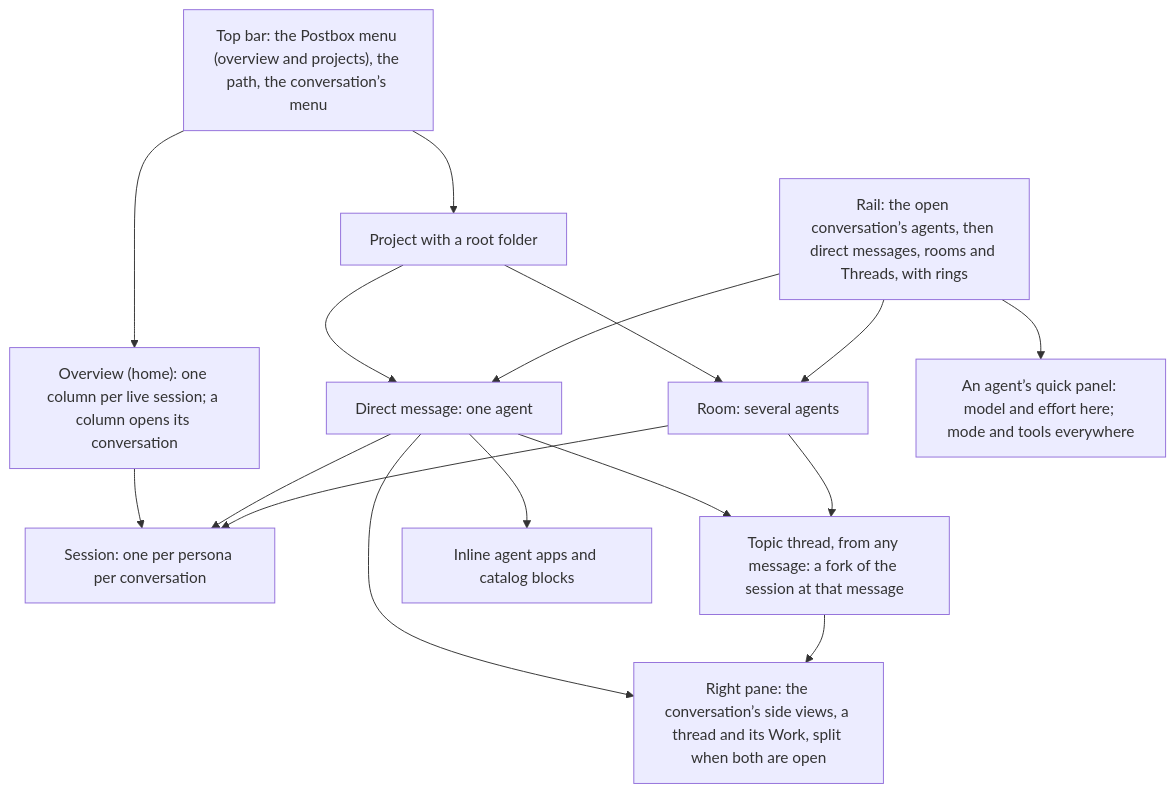
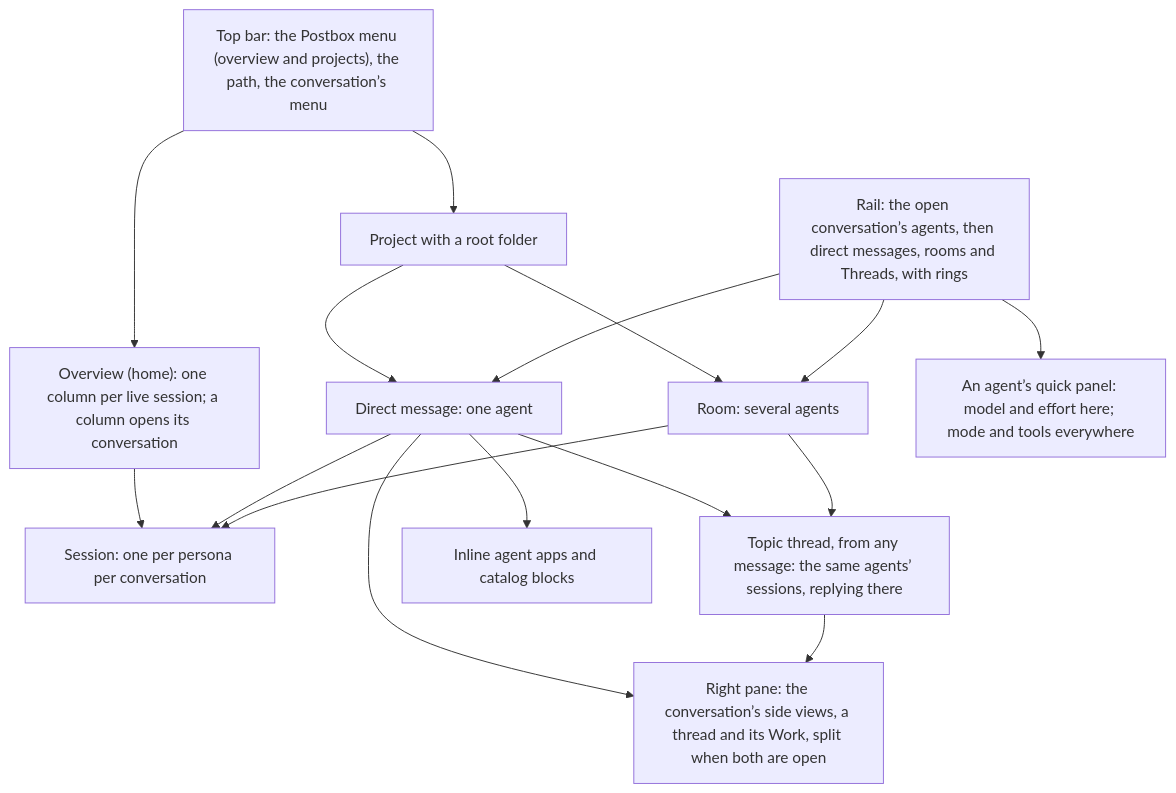
Before and after one commit to HJeon139/postbox: the first of 2 diagrams in designs/intent.md, drawn with Mermaid. The commit also changed other lines of this file and 2 other files, not shown here.

First line of the commit message:
docs(intent): no forks: one session per agent per conversation, and subagents in the tree

````diff
--- a/designs/intent.md
+++ b/designs/intent.md
@@ -40,18 +40,18 @@
 ```mermaid
 flowchart TD
   TB["Top bar: the Postbox menu (overview and projects), the path, the conversation’s menu"] --> O
   TB --> P
   O["Overview (home): one column per live session; a column opens its conversation"] --> S
   P[Project with a root folder] --> T[Direct message: one agent]
   P --> R[Room: several agents]
   T --> S[Session: one per persona per conversation]
   R --> S
   RL["Rail: the open conversation’s agents, then direct messages, rooms and Threads, with rings"] --> T
   RL --> QP["An agent’s quick panel: model and effort here; mode and tools everywhere"]
   RL --> R
-  T --> TT["Topic thread, from any message: a fork of the session at that message"]
+  T --> TT["Topic thread, from any message: the same agents’ sessions, replying there"]
   R --> TT
   T --> SP["Right pane: the conversation’s side views, a thread and its Work, split when both are open"]
   TT --> SP
   T --> A["Inline agent apps and catalog blocks"]
 ```
````
